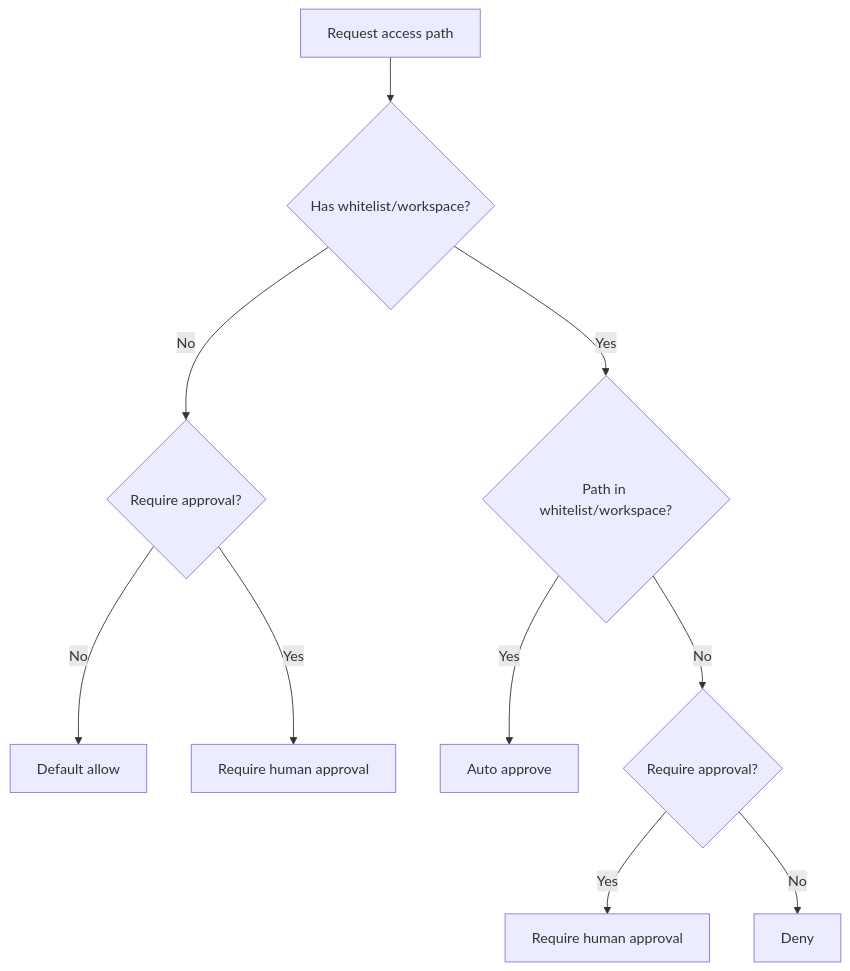
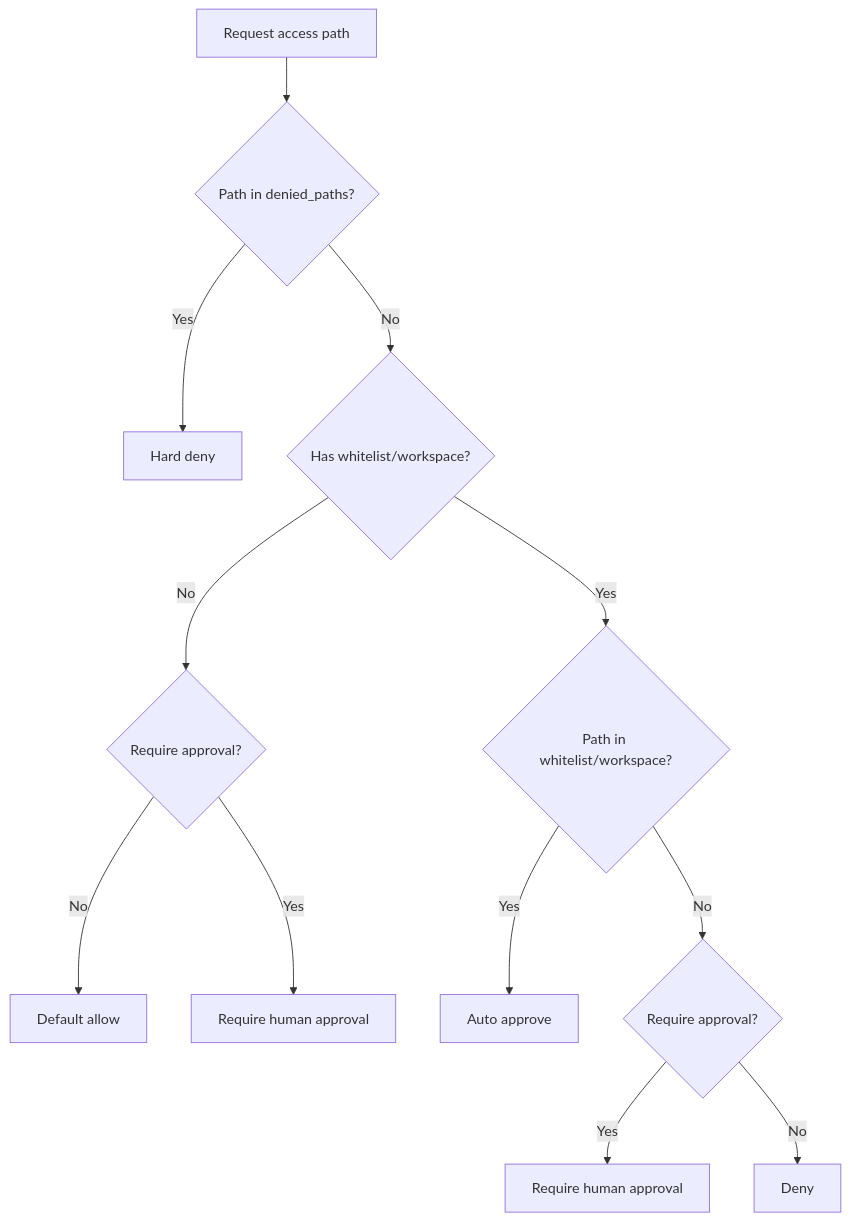
The diagram in docs/builtin-abilities_en.md (ghrah/ghrah-core), drawn with Mermaid before and after one commit. The commit also changed other lines of this file and 26 other files, not shown here.

First line of the commit message:
feat(abilities): 使用 denied_paths、AccessApprovalHook 和 workspace_root 解析统一 FS 权限

````diff
--- a/docs/builtin-abilities_en.md
+++ b/docs/builtin-abilities_en.md
@@ -512,12 +512,14 @@
 ```mermaid
 flowchart TD
-    A[Request access path] --> B{Has whitelist/workspace?}
+    A[Request access path] --> D{Path in denied_paths?}
+    D -->|Yes| K[Hard deny]
+    D -->|No| B{Has whitelist/workspace?}
     B -->|No| C{Require approval?}
-    C -->|No| D[Default allow]
+    C -->|No| J[Default allow]
     C -->|Yes| E[Require human approval]
     B -->|Yes| F{Path in whitelist/workspace?}
     F -->|Yes| G[Auto approve]
     F -->|No| H{Require approval?}
     H -->|Yes| I[Require human approval]
-    H -->|No| J[Deny]
+    H -->|No| J2[Deny]
 ```
````
